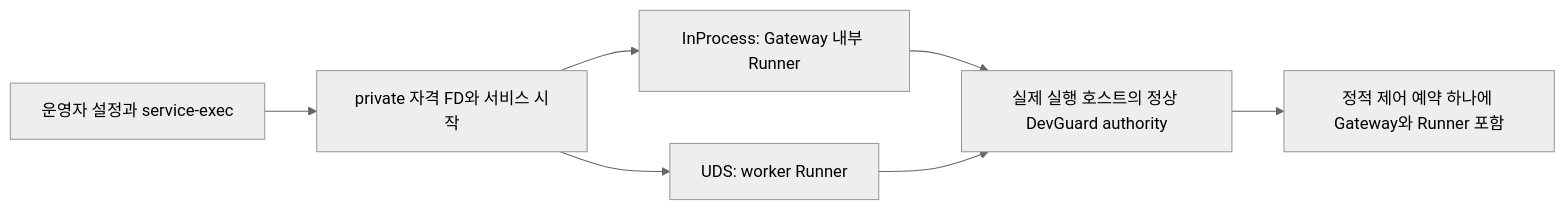
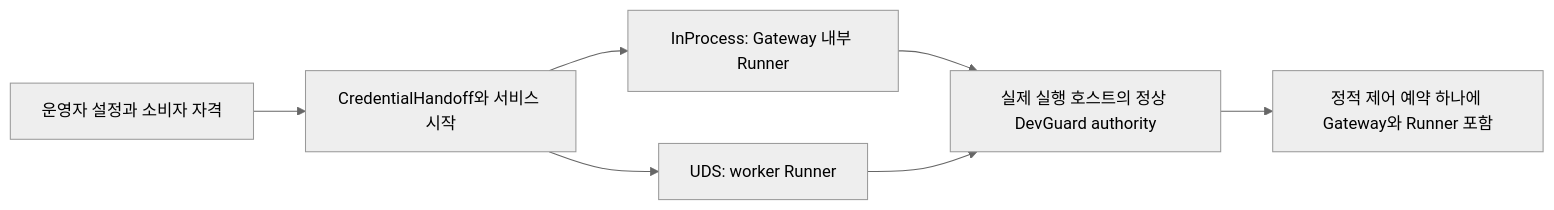
One commit to novelKR/DevGuard changed the diagram in docs/ko/planning/codespace-integration.md. Above: the diagram before and after it, drawn with Mermaid (neutral theme). The commit also changed other lines of this file and 14 other files, not shown here.

````diff
--- a/docs/ko/planning/codespace-integration.md
+++ b/docs/ko/planning/codespace-integration.md
@@ -22,9 +22,9 @@
 ```mermaid
 flowchart LR
-    O[운영자 설정과 service-exec] --> C[private 자격 FD와 서비스 시작]
+    O[운영자 설정과 소비자 자격] --> C[CredentialHandoff와 서비스 시작]
     C --> I[InProcess: Gateway 내부 Runner]
     C --> U[UDS: worker Runner]
     I --> A[실제 실행 호스트의 정상 DevGuard authority]
     U --> A
     A --> R[정적 제어 예약 하나에 Gateway와 Runner 포함]
 ```
````
